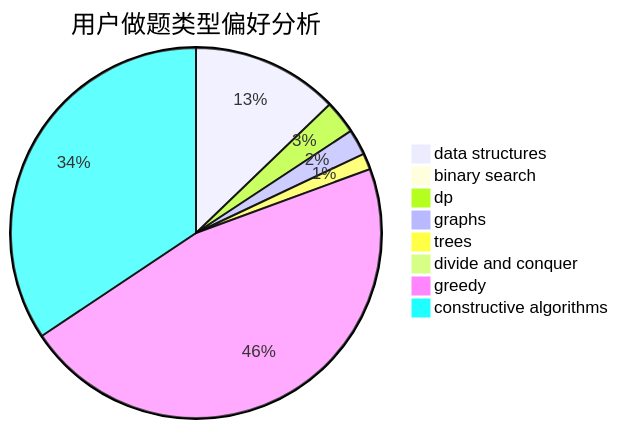
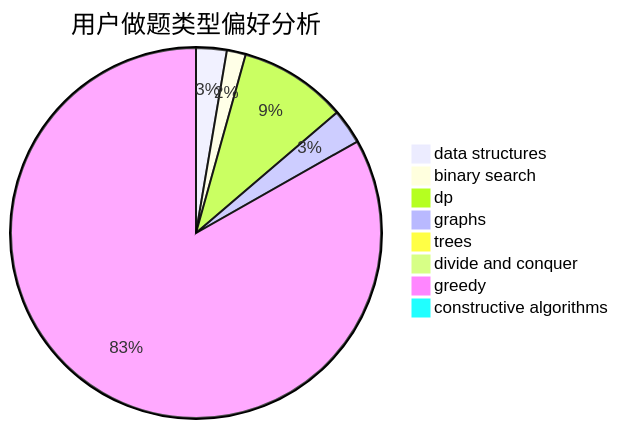
The second of 3 diagrams in docs/user/u942.md (sherpahu/cfrs.github.io), drawn with Mermaid before and after one commit. The commit also changed other lines of this file and 2770 other files, not shown here.

````diff
--- a/docs/user/u942.md
+++ b/docs/user/u942.md
@@ -23,11 +23,11 @@
 ```mermaid
 pie title 用户做题类型偏好分析
-    "data structures" :  136
-    "binary search" :  0
-    "dp" :  31
+    "data structures" :  21
+    "binary search" :  13
+    "dp" :  74
     "graphs" :  24
-    "trees" :  15
-    "divide and conquer" :  5
-    "greedy" :  491
-    "constructive algorithms" :  365
+    "trees" :  0
+    "divide and conquer" :  0
+    "greedy" :  654
+    "constructive algorithms" :  4
 ```
````
